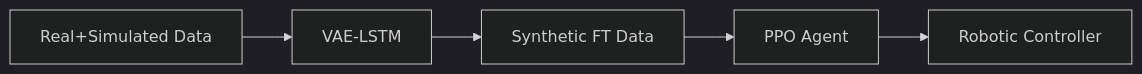
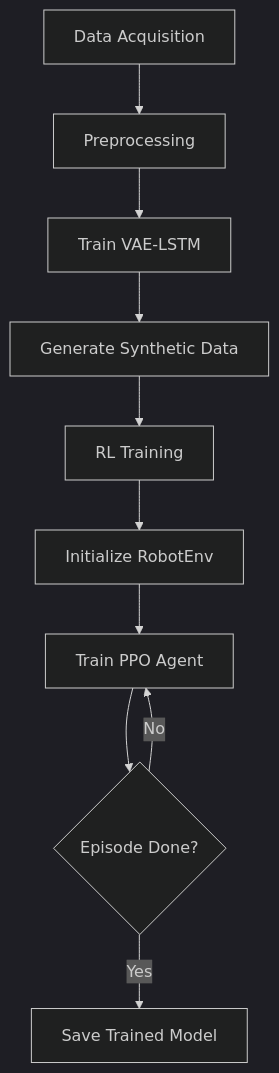
One commit to josephlinoy123/Robotic-Assembly-Sim2Real changed the diagram in README.md. Above: the diagram before and after it, drawn with Mermaid (dark theme). The commit also changed other lines of this file, not shown here.

````diff
--- a/README.md
+++ b/README.md
@@ -40,7 +40,12 @@
 ```mermaid
-graph LR
-A[Real+Simulated Data] --> B[VAE-LSTM]
-B --> C[Synthetic FT Data]
-C --> D[PPO Agent]
-D --> E[Robotic Controller]
-```
+graph TD
+    A[Data Acquisition] --> B[Preprocessing]
+    B --> C[Train VAE-LSTM]
+    C --> D[Generate Synthetic Data]
+    D --> E[RL Training]
+    E --> F[Initialize RobotEnv]
+    F --> G[Train PPO Agent]
+    G --> H{Episode Done?}
+    H -->|No| G
+    H -->|Yes| I[Save Trained Model]
+```    
````
